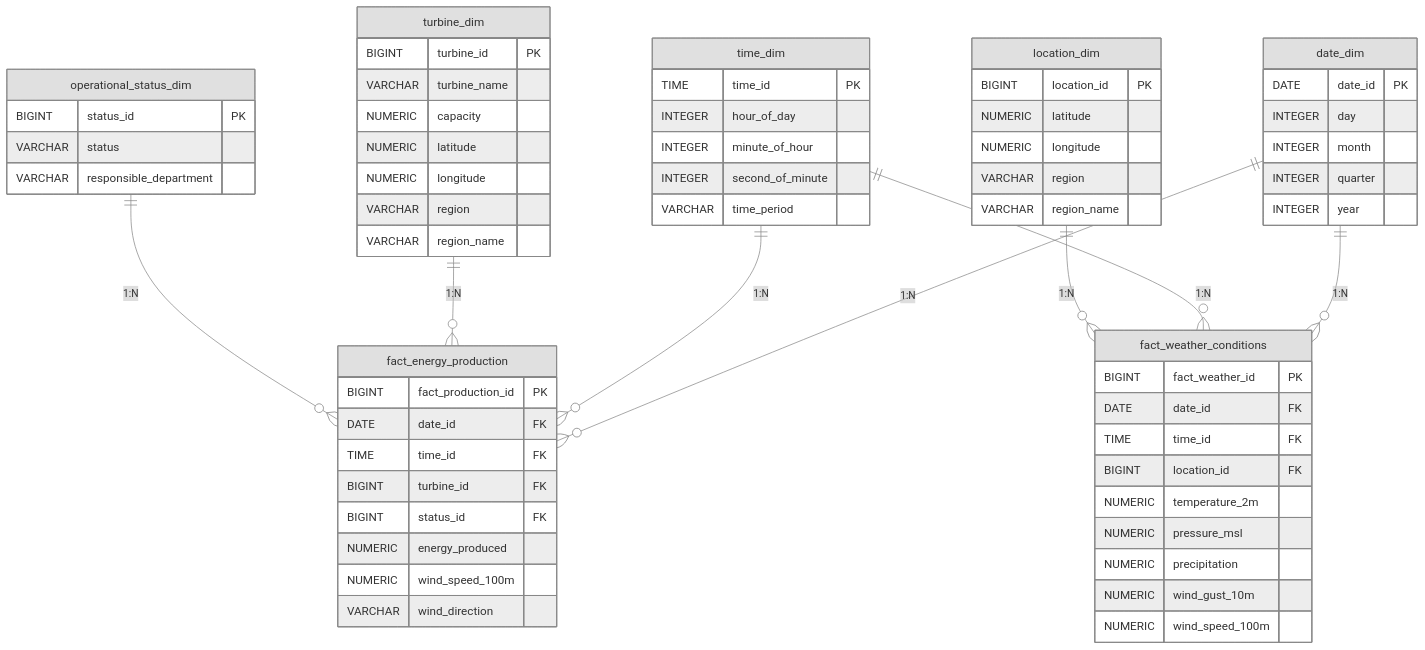
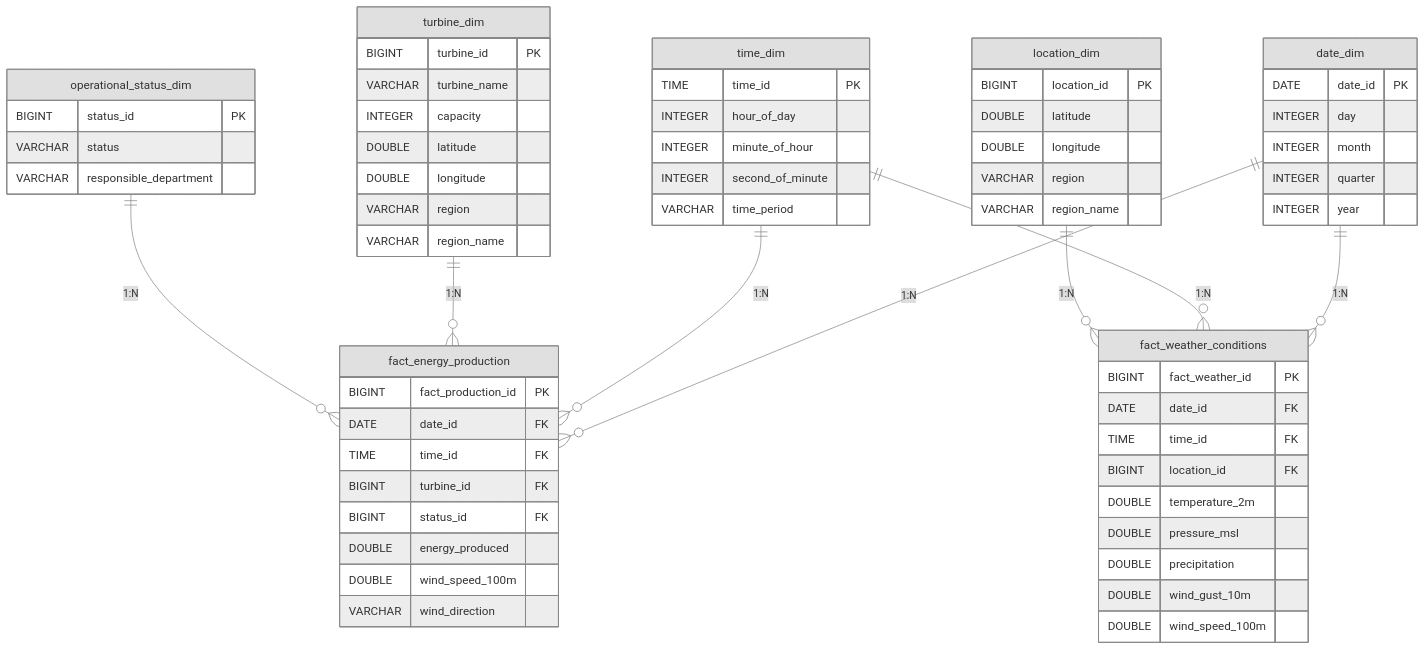
Before and after one commit to michbat/Final_ELT_Project: the diagram in gold_notebooks/star_schema_diagram.md, drawn with Mermaid. The commit also changed other lines of this file, not shown here.

````diff
--- a/gold_notebooks/star_schema_diagram.md
+++ b/gold_notebooks/star_schema_diagram.md
@@ -9,76 +9,76 @@
 ```mermaid
 %%{init: {'theme':'base', 'themeVariables': { 'primaryColor':'#e0e0e0', 'edgeLabelBackground':'#fff', 'secondaryColor':'#f5f5f5', 'tertiaryColor':'#bdbdbd', 'primaryTextColor':'#333', 'lineColor':'#888', 'primaryBorderColor':'#888'}}}%%
 erDiagram
     date_dim ||--o{ fact_energy_production : "1:N"
     date_dim ||--o{ fact_weather_conditions : "1:N"
     time_dim ||--o{ fact_energy_production : "1:N"
     time_dim ||--o{ fact_weather_conditions : "1:N"
     turbine_dim ||--o{ fact_energy_production : "1:N"
     operational_status_dim ||--o{ fact_energy_production : "1:N"
     location_dim ||--o{ fact_weather_conditions : "1:N"
 
     date_dim {
         DATE date_id PK
         INTEGER day
         INTEGER month
         INTEGER quarter
         INTEGER year
     }
 
     time_dim {
         TIME time_id PK
         INTEGER hour_of_day
         INTEGER minute_of_hour
         INTEGER second_of_minute
         VARCHAR time_period
     }
 
     turbine_dim {
         BIGINT turbine_id PK
         VARCHAR turbine_name
-        NUMERIC capacity
-        NUMERIC latitude
-        NUMERIC longitude
+        INTEGER capacity
+        DOUBLE latitude
+        DOUBLE longitude
         VARCHAR region
         VARCHAR region_name
     }
 
     operational_status_dim {
         BIGINT status_id PK
         VARCHAR status
         VARCHAR responsible_department
     }
 
     location_dim {
         BIGINT location_id PK
-        NUMERIC latitude
-        NUMERIC longitude
+        DOUBLE latitude
+        DOUBLE longitude
         VARCHAR region
         VARCHAR region_name
     }
 
     fact_energy_production {
         BIGINT fact_production_id PK
         DATE date_id FK
         TIME time_id FK
         BIGINT turbine_id FK
         BIGINT status_id FK
-        NUMERIC energy_produced
-        NUMERIC wind_speed_100m
+        DOUBLE energy_produced
+        DOUBLE wind_speed_100m
         VARCHAR wind_direction
     }
 
     fact_weather_conditions {
         BIGINT fact_weather_id PK
         DATE date_id FK
         TIME time_id FK
         BIGINT location_id FK
-        NUMERIC temperature_2m
-        NUMERIC pressure_msl
-        NUMERIC precipitation
-        NUMERIC wind_gust_10m
-        NUMERIC wind_speed_100m
+        DOUBLE temperature_2m
+        DOUBLE pressure_msl
+        DOUBLE precipitation
+        DOUBLE wind_gust_10m
+        DOUBLE wind_speed_100m
     }
 
 
 ```
````
